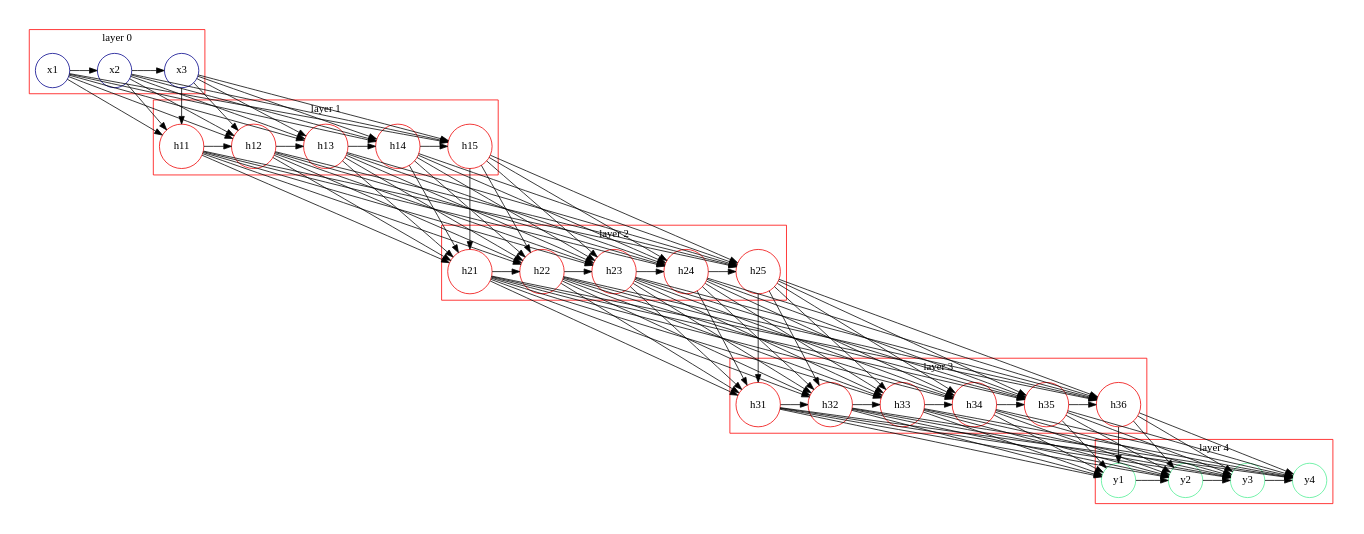
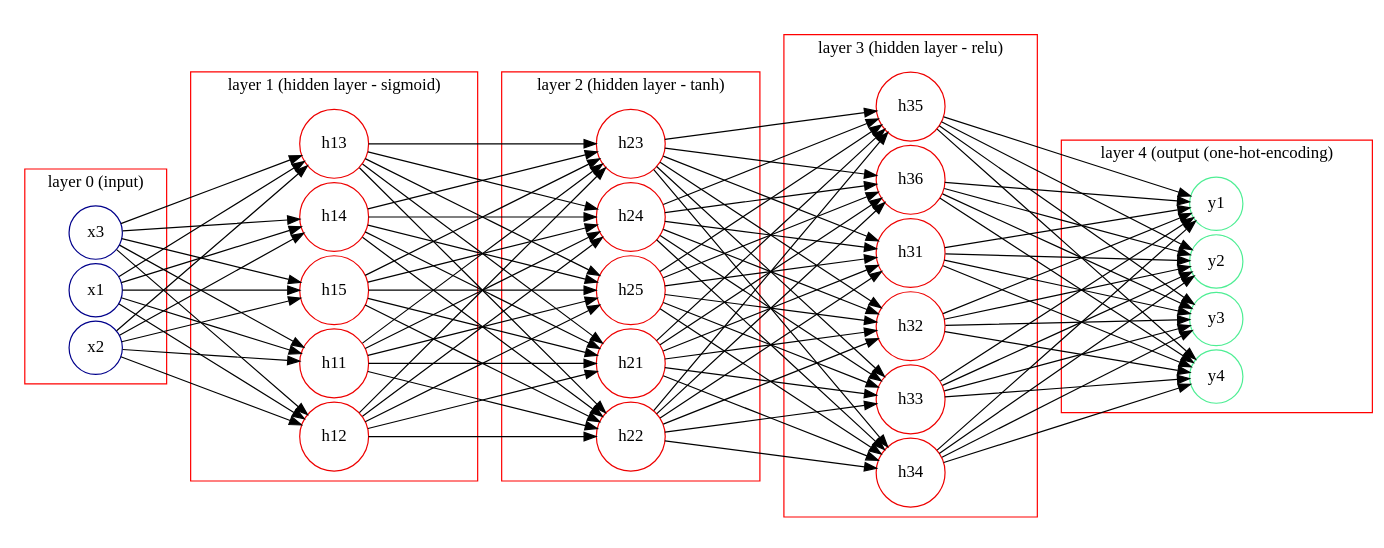
The diagram in ddd.dot (knudvaneeden/graphviz), drawn with Graphviz before and after one commit.

Commit message:
Last commit: 19/02/2018 19:57:15

```diff
--- a/ddd.dot
+++ b/ddd.dot
@@ -1,156 +1,158 @@
 digraph G {
  size = "7,7";
  rankdir=LR
  splines=line
  nodesep=.05;
  //
  // node [label=""];
  //
+ graph [ordering="out"];
+ //
  subgraph cluster_0 {
         color=red;
         node [color=blue4, shape=circle];
-        x1 -> x2 -> x3;
-        label = "layer 0";
+        x1 x2 x3;
+        label = "layer 0 (input)";
  }
 
  subgraph cluster_1 {
         color=red;
         node [color=red2, shape=circle];
-        h11 -> h12 -> h13 -> h14 -> h15;
-        label = "layer 1";
+        h11 h12 h13 h14 h15;
+        label = "layer 1 (hidden layer - sigmoid)";
  }
 
  subgraph cluster_2 {
         color=red;
         node [color=red2, shape=circle];
-        h21 -> h22 -> h23 -> h24 -> h25;
-        label = "layer 2";
+        h21 h22 h23 h24 h25;
+        label = "layer 2 (hidden layer - tanh)";
  }
 
  subgraph cluster_3 {
         color=red;
         node [color=red2, shape=circle];
-        h31 -> h32 -> h33 -> h34 -> h35 -> h36;
-        label = "layer 3";
+        h31 h32 h33 h34 h35 h36;
+        label = "layer 3 (hidden layer - relu)";
  }
 
  subgraph cluster_4 {
         color=red;
         node [color=seagreen2, shape=circle];
-        y1 -> y2 -> y3 -> y4;
-        label="layer 4";
+        y1 y2 y3 y4;
+        label="layer 4 (output (one-hot-encoding)";
  }
  //
 x1 -> h11;
 x1 -> h12;
 x1 -> h13;
 x1 -> h14;
 x1 -> h15;
 //
 x2 -> h11;
 x2 -> h12;
 x2 -> h13;
 x2 -> h14;
 x2 -> h15;
 //
 x3 -> h11;
 x3 -> h12;
 x3 -> h13;
 x3 -> h14;
 x3 -> h15;
 //
 h11 -> h21;
 h11 -> h22;
 h11 -> h23;
 h11 -> h24;
 h11 -> h25;
 //
 h12 -> h21;
 h12 -> h22;
 h12 -> h23;
 h12 -> h24;
 h12 -> h25;
 //
 h13 -> h21;
 h13 -> h22;
 h13 -> h23;
 h13 -> h24;
 h13 -> h25;
 //
 h14 -> h21;
 h14 -> h22;
 h14 -> h23;
 h14 -> h24;
 h14 -> h25;
 //
 h15 -> h21;
 h15 -> h22;
 h15 -> h23;
 h15 -> h24;
 h15 -> h25;
 //
 h21 -> h31;
 h21 -> h32;
 h21 -> h33;
 h21 -> h34;
 h21 -> h35;
 h21 -> h36;
 //
 h22 -> h31;
 h22 -> h32;
 h22 -> h33;
 h22 -> h34;
 h22 -> h35;
 h22 -> h36;
 //
 h23 -> h31;
 h23 -> h32;
 h23 -> h33;
 h23 -> h34;
 h23 -> h35;
 h23 -> h36;
 //
 h24 -> h31;
 h24 -> h32;
 h24 -> h33;
 h24 -> h34;
 h24 -> h35;
 h24 -> h36;
 //
 h25 -> h31;
 h25 -> h32;
 h25 -> h33;
 h25 -> h34;
 h25 -> h35;
 h25 -> h36;
 //
 h31 -> y1;
 h31 -> y2;
 h31 -> y3;
 h31 -> y4;
 //
 h32 -> y1;
 h32 -> y2;
 h32 -> y3;
 h32 -> y4;
 //
 h33 -> y1;
 h33 -> y2;
 h33 -> y3;
 h33 -> y4;
 //
 h34 -> y1;
 h34 -> y2;
 h34 -> y3;
 h34 -> y4;
 //
 h35 -> y1;
 h35 -> y2;
 h35 -> y3;
 h35 -> y4;
 //
 h36 -> y1;
 h36 -> y2;
 h36 -> y3;
 h36 -> y4;
 }
```
